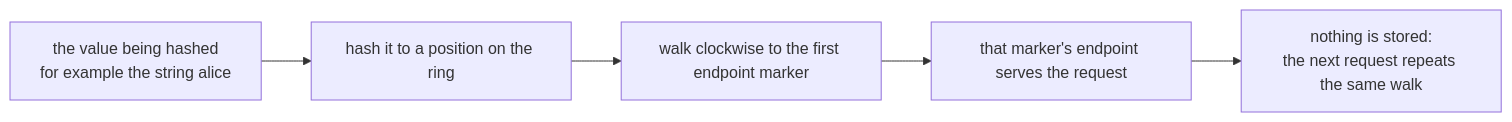
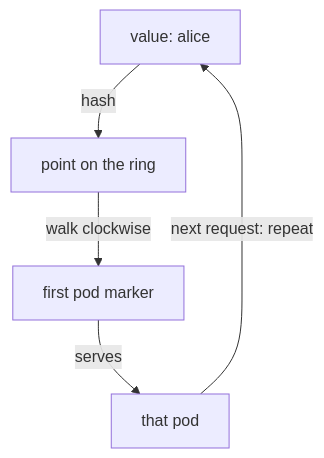
The diagram in sections/section-030/module-01/course-02-consistent-hash-and-the-ring.md (astrona-io/ATS014), drawn with Mermaid before and after one commit. The commit also changed other lines of this file and 444 other files, not shown here.

````diff
--- a/sections/section-030/module-01/course-02-consistent-hash-and-the-ring.md
+++ b/sections/section-030/module-01/course-02-consistent-hash-and-the-ring.md
@@ -26,7 +28,7 @@
 ```mermaid
-flowchart LR
-    V["the value being hashed<br/>for example the string alice"] --> H["hash it to a position on the ring"]
-    H --> W["walk clockwise to the first endpoint marker"]
-    W --> E["that marker's endpoint serves the request"]
-    E --> N["nothing is stored:<br/>the next request repeats the same walk"]
+flowchart TB
+    V["value: alice"] -->|"hash"| H["point on the ring"]
+    H -->|"walk clockwise"| W["first pod marker"]
+    W -->|"serves"| E["that pod"]
+    E -->|"next request: repeat"| V
 ```
````
